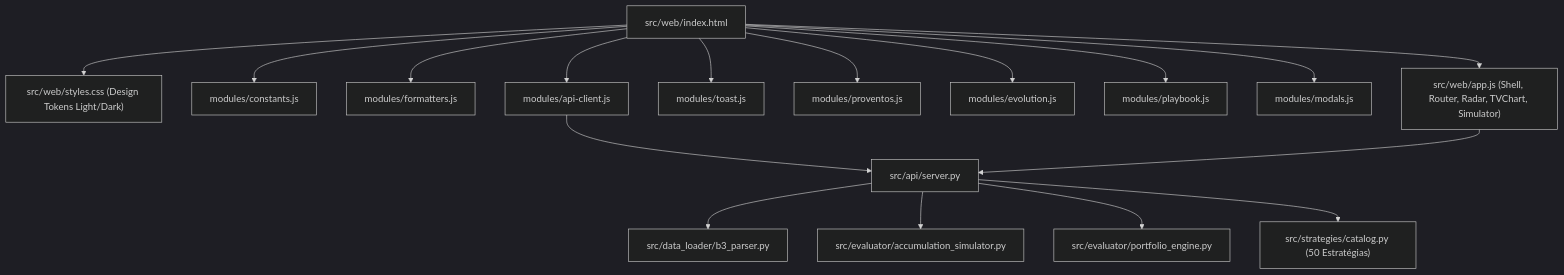
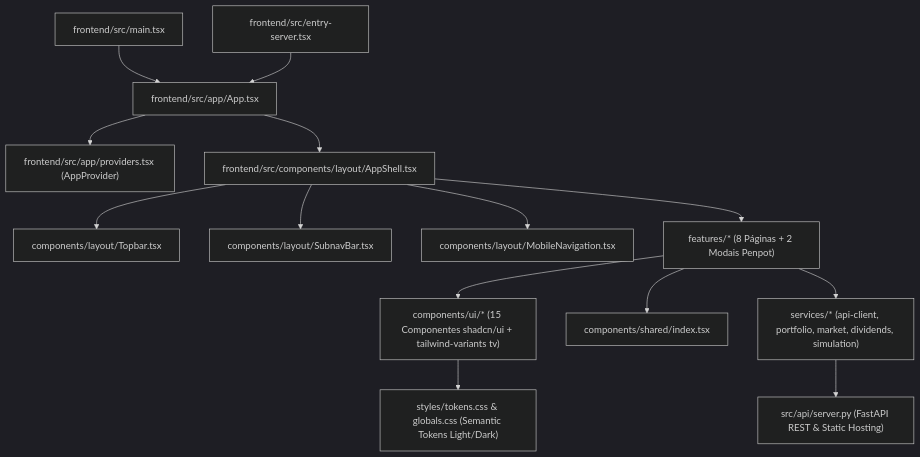
Before and after one commit to Silasmelo12/market-opportunity-engine: the diagram in docs/architecture-and-execution-report.md, drawn with Mermaid (dark theme). The commit also changed other lines of this file and 5 other files, not shown here.

````diff
--- a/docs/architecture-and-execution-report.md
+++ b/docs/architecture-and-execution-report.md
@@ -39,20 +32,18 @@
 ```mermaid
 flowchart TD
-    IndexHTML["src/web/index.html"] --> StylesCSS["src/web/styles.css (Design Tokens Light/Dark)"]
-    IndexHTML --> ConstantsJS["modules/constants.js"]
-    IndexHTML --> FormattersJS["modules/formatters.js"]
-    IndexHTML --> ApiClientJS["modules/api-client.js"]
-    IndexHTML --> ToastJS["modules/toast.js"]
-    IndexHTML --> ProventosJS["modules/proventos.js"]
-    IndexHTML --> EvolutionJS["modules/evolution.js"]
-    IndexHTML --> PlaybookJS["modules/playbook.js"]
-    IndexHTML --> ModalsJS["modules/modals.js"]
-    IndexHTML --> AppJS["src/web/app.js (Shell, Router, Radar, TVChart, Simulator)"]
+    MainTSX["frontend/src/main.tsx"] --> AppTSX["frontend/src/app/App.tsx"]
+    EntryServer["frontend/src/entry-server.tsx"] --> AppTSX
+    AppTSX --> Providers["frontend/src/app/providers.tsx (AppProvider)"]
+    AppTSX --> AppShell["frontend/src/components/layout/AppShell.tsx"]
 
-    ApiClientJS --> FastAPI["src/api/server.py"]
-    AppJS --> FastAPI
-    FastAPI --> B3Parser["src/data_loader/b3_parser.py"]
-    FastAPI --> Evaluator["src/evaluator/accumulation_simulator.py"]
-    FastAPI --> PortfolioEngine["src/evaluator/portfolio_engine.py"]
-    FastAPI --> Catalog["src/strategies/catalog.py (50 Estratégias)"]
+    AppShell --> Topbar["components/layout/Topbar.tsx"]
+    AppShell --> SubnavBar["components/layout/SubnavBar.tsx"]
+    AppShell --> MobileNav["components/layout/MobileNavigation.tsx"]
+    AppShell --> Features["features/* (8 Páginas + 2 Modais Penpot)"]
+
+    Features --> ShadcnUI["components/ui/* (15 Componentes shadcn/ui + tailwind-variants tv)"]
+    Features --> SharedUI["components/shared/index.tsx"]
+    Features --> Services["services/* (api-client, portfolio, market, dividends, simulation)"]
+    Services --> FastAPI["src/api/server.py (FastAPI REST & Static Hosting)"]
+    ShadcnUI --> TokensCSS["styles/tokens.css & globals.css (Semantic Tokens Light/Dark)"]
 ```
````
